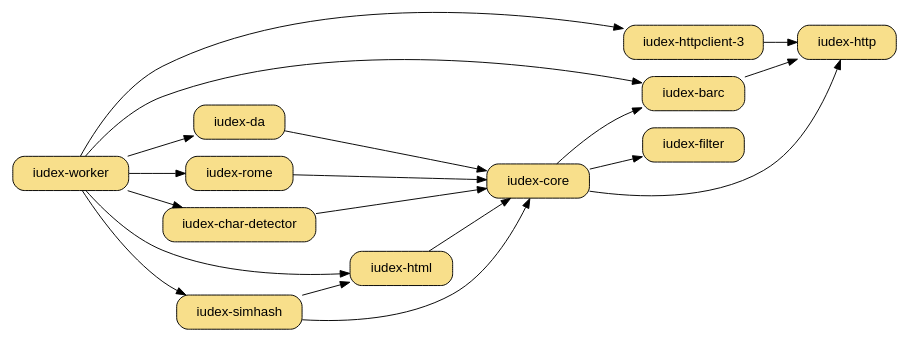
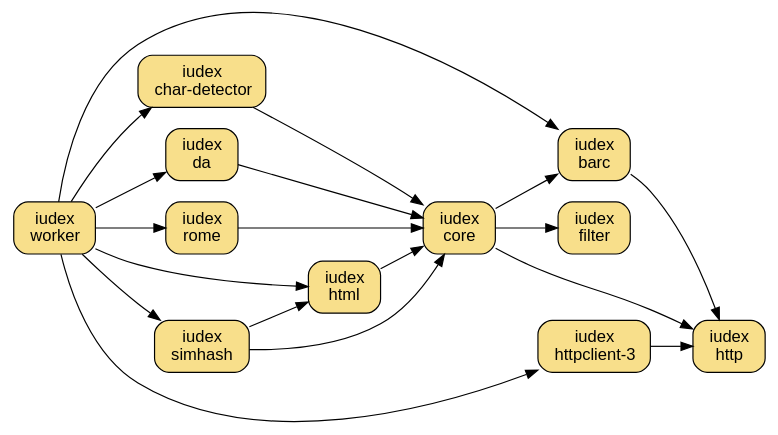
Before and after one commit to dekellum/iudex: the diagram in www/_dot/iudex.dot, drawn with Graphviz.

Commit message:
www: Major cleanup to iudex.dot dependency graph

```diff
--- a/www/_dot/iudex.dot
+++ b/www/_dot/iudex.dot
@@ -1,85 +1,71 @@
 digraph "iudex-gems" {
   rankdir=LR
-  size="7.5,5";
+  size="6.5,4";
   bgcolor="transparent";
   node [ shape=box, style="filled,rounded", fillcolor="#f8df8b",
-         fontname="Arial",  margin="0.30,0.1" ];
+         fontname="Arial",  margin="0.2,0.1" ];
 
-#  "iudex-filter" -> "gravitext-util"
-#  "iudex-da"     -> "gravitext-util"
-  "iudex-da"     [ target=_parent, URL="../da.html" ];
-#  "iudex-da"     -> "iudex-filter"
-  "iudex-da"     -> "iudex-core"
+  barc        [ label=<iudex<br/>barc>, target=_parent, URL="../barc.html" ];
+  char_detect [ label=<iudex<br/>char-detector> ];
+  core        [ label=<iudex<br/>core> ];
+  da          [ label=<iudex<br/>da>, target=_parent, URL="../da/index.html" ]
+  filter      [ label=<iudex<br/>filter> ];
+  html        [ label=<iudex<br/>html> ];
+  rome        [ label=<iudex<br/>rome> ];
+  simhash     [ label=<iudex<br/>simhash> ];
+  worker      [ label=<iudex<br/>worker> ];
 
-#  "iudex-core"   -> "gravitext-util"
-  "iudex-core"   -> "iudex-filter"
-  "iudex-core"   -> "iudex-http"
-  "iudex-core"     -> "iudex-barc"
+  subgraph cluster_http {
+    style=invis;
 
-  "iudex-char-detector"
-  "iudex-char-detector" -> "iudex-core"
-#  "iudex-char-detector" -> "iudex-filter"
+    http         [ label=<iudex<br/>http> ];
+    httpclient_3 [ label=<iudex<br/>httpclient-3<br/>> ];
 
-  "iudex-html";
-  "iudex-simhash";
-
-  "iudex-simhash" -> "iudex-html";
-#  "iudex-simhash" -> "iudex-filter";
-  "iudex-simhash" -> "iudex-core";
-#  "iudex-core"    -> "iudex-simhash";
-
-#  "iudex-html" -> "iudex-filter";
-  "iudex-html" -> "iudex-core";
-
-  "iudex-rome"   -> "iudex-core"
-
-#  "iudex-sitemap" [ style="rounded,dashed" ];
-#  "iudex-sitemap" [ target=_parent, URL="../sitemap.html" ];
-#  "iudex-sitemap" -> "iudex-core"
-
-#  "iudex-barc"   -> "gravitext-util"
-  "iudex-barc"   -> "iudex-http"
-  "iudex-barc"   [ target=_parent, URL="../barc.html" ];
-#  "iudex-http"   -> "gravitext-util"
-
-  subgraph cluster_0 {
-    style=invis;
-    "iudex-http"
-    "iudex-httpclient-3" -> "iudex-http"
-
-#    "iudex-httpclient-4" [ style="rounded,dashed" ];
-#    "iudex-httpclient-4" -> "iudex-http"
+    httpclient_3 -> http
   }
 
-  "iudex-worker";
-  "iudex-worker" -> "iudex-da"
-  "iudex-worker" -> "iudex-char-detector"
-  "iudex-worker" -> "iudex-rome"
-#  "iudex-worker" -> "iudex-core"
-  "iudex-worker" -> "iudex-httpclient-3"
-  "iudex-worker" -> "iudex-barc"
-  "iudex-worker" -> "iudex-html"
-  "iudex-worker" -> "iudex-simhash"
+  barc        -> http
+  char_detect -> core
+  core        -> barc
+  core        -> filter
+  core        -> http
+  da          -> core
+  html        -> core
+  rome        -> core
+  simhash     -> core
+  simhash     -> html
+  worker      -> barc
+  worker      -> char_detect
+  worker      -> da
+  worker      -> html
+  worker      -> httpclient_3
+  worker      -> rome
+  worker      -> simhash
 
-#  "iudex-publisher" [ style="rounded,dashed" ];
-#  "iudex-publisher" -> "iudex-da"
-#  "iudex-publisher" -> "iudex-barc"
+#  barc        -> "gravitext-util"
+#  barc        -> "rjack-slf4j"
+#  char_detect -> filter
+#  core        -> "gravitext-util"
+#  core        -> "rjack-logback"
+#  core        -> "rjack-slf4j"
+#  core        -> simhash
+#  da          -> "gravitext-util"
+#  da          -> "rjack-slf4j"
+#  da          -> filter
+#  filter      -> "gravitext-util"
+#  filter      -> "rjack-logback"
+#  filter      -> "rjack-slf4j"
+#  html        -> filter
+#  http        -> "gravitext-util"
+#  http        -> "rjack-slf4j"
+#  simhash     -> filter
+#  worker      -> core
 
-#  "iudex-filter" -> "rjack-slf4j"
-#  "iudex-filter" -> "rjack-logback"
-#  "iudex-http"   -> "rjack-slf4j"
-#  "iudex-barc"   -> "rjack-slf4j"
-#  "iudex-core"   -> "rjack-slf4j"
-#  "iudex-core"   -> "rjack-logback"
-#  "iudex-da"     -> "rjack-slf4j"
+#  sitemap [ style="rounded,dashed" ];
+#  sitemap [ target=_parent, URL="../sitemap.html" ];
+#  sitemap -> core
 
-#  "rjack-httpclient" -> "rjack-commons-codec";
-#  "rjack-httpclient" -> "rjack-logback" [ style=dashed, label="dev" ];
-#  "rjack-httpclient" -> "rjack-slf4j";
-
-#  "rjack-slf4j"   [ group=log ];
-#  "rjack-logback" [ group=log ];
-#  "rjack-logback" -> "rjack-slf4j";
-#  "rjack-commons-codec"   [ group=commons ];
-
+#  publisher [ style="rounded,dashed" ];
+#  publisher -> da
+#  publisher -> barc
 }
```
